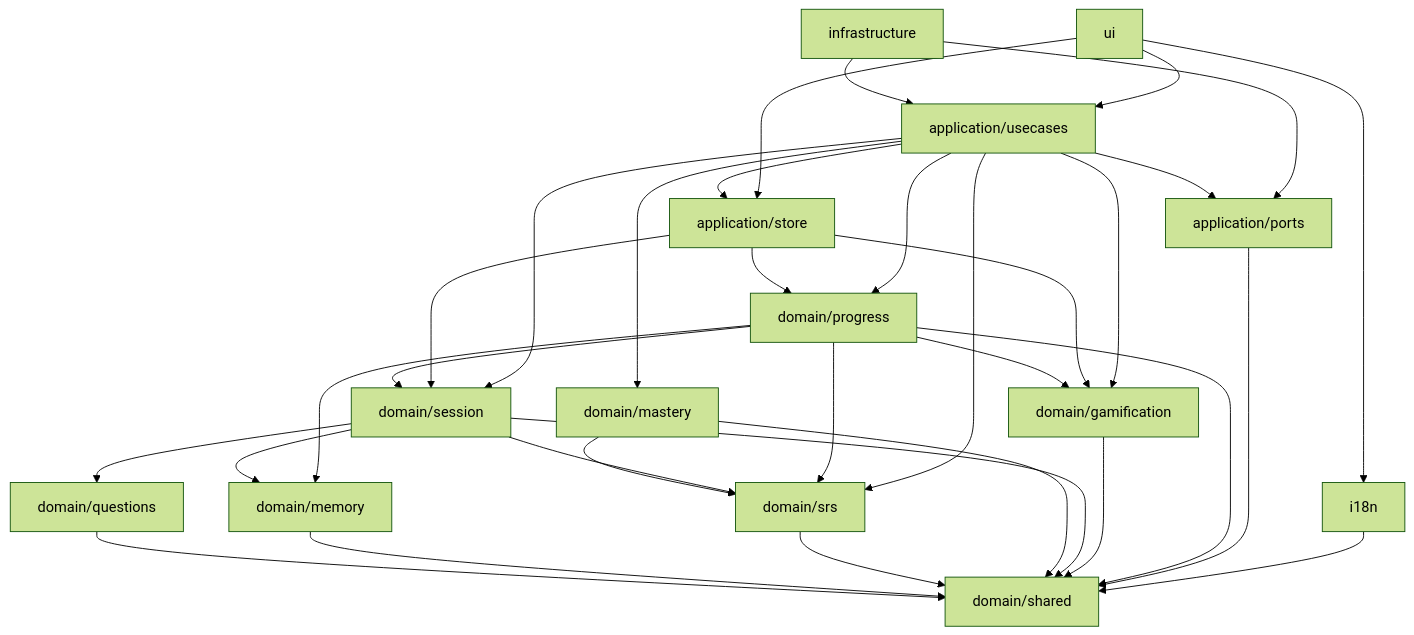
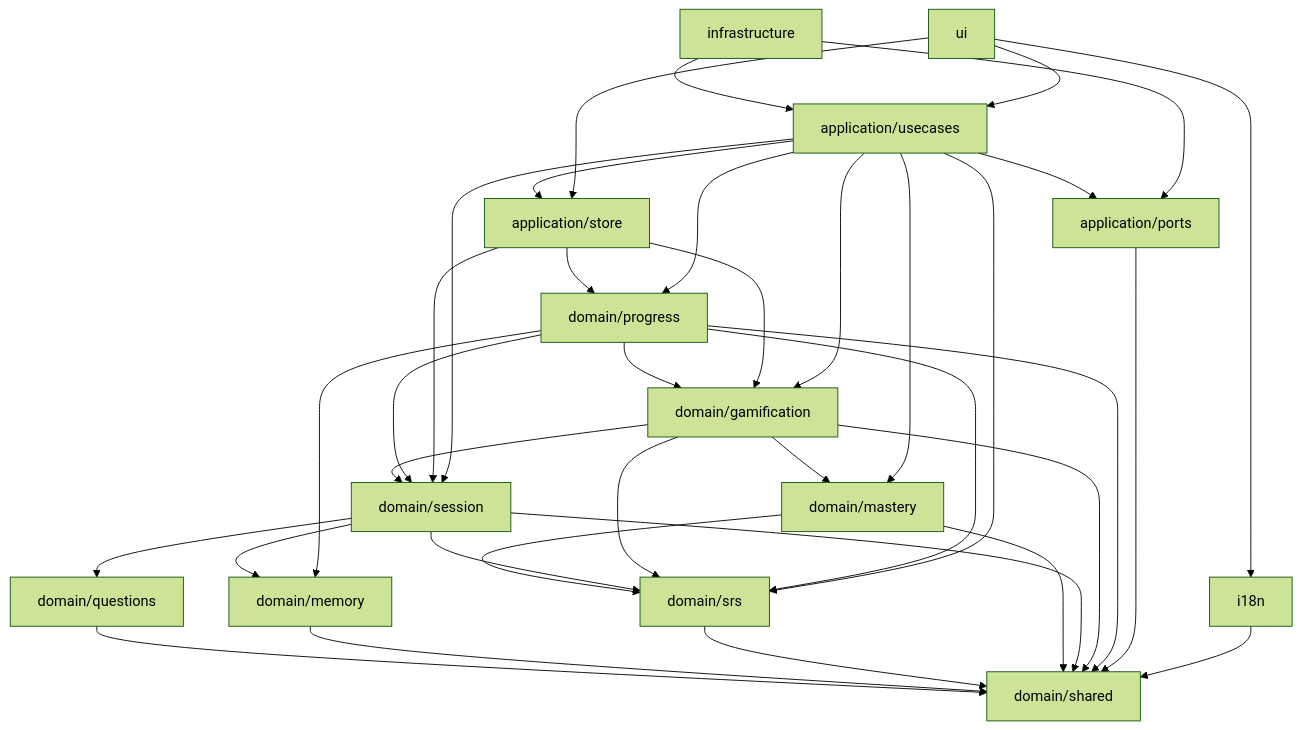
Before and after one commit to Aitbytes/aron36: the diagram in docs/ARCHITECTURE.md, drawn with Mermaid (forest theme). The commit also changed other lines of this file and 12 other files, not shown here.

````diff
--- a/docs/ARCHITECTURE.md
+++ b/docs/ARCHITECTURE.md
@@ -214,38 +228,41 @@
 ```mermaid
 graph TD
   SHARED[domain/shared]
   QUESTIONS[domain/questions] --> SHARED
   MEMORY[domain/memory] --> SHARED
   SRS[domain/srs] --> SHARED
   MASTERY[domain/mastery] --> SHARED
   MASTERY --> SRS
   SESSION[domain/session] --> SHARED
   SESSION --> SRS
   SESSION --> QUESTIONS
   SESSION --> MEMORY
   GAME[domain/gamification] --> SHARED
+  GAME --> SRS
+  GAME --> SESSION
+  GAME --> MASTERY
   PROGRESS[domain/progress] --> SHARED
   PROGRESS --> MEMORY
   PROGRESS --> SRS
   PROGRESS --> SESSION
   PROGRESS --> GAME
 
   PORTS[application/ports] --> SHARED
   STORE[application/store] --> SESSION
   STORE --> PROGRESS
   STORE --> GAME
   USECASES[application/usecases] --> STORE
   USECASES --> PORTS
   USECASES --> SESSION
   USECASES --> SRS
   USECASES --> MASTERY
   USECASES --> GAME
   USECASES --> PROGRESS
 
   INFRA[infrastructure] --> PORTS
   INFRA --> USECASES
   UI[ui] --> STORE
   UI --> USECASES
   UI --> I18N[i18n]
   I18N --> SHARED
 ```
````
